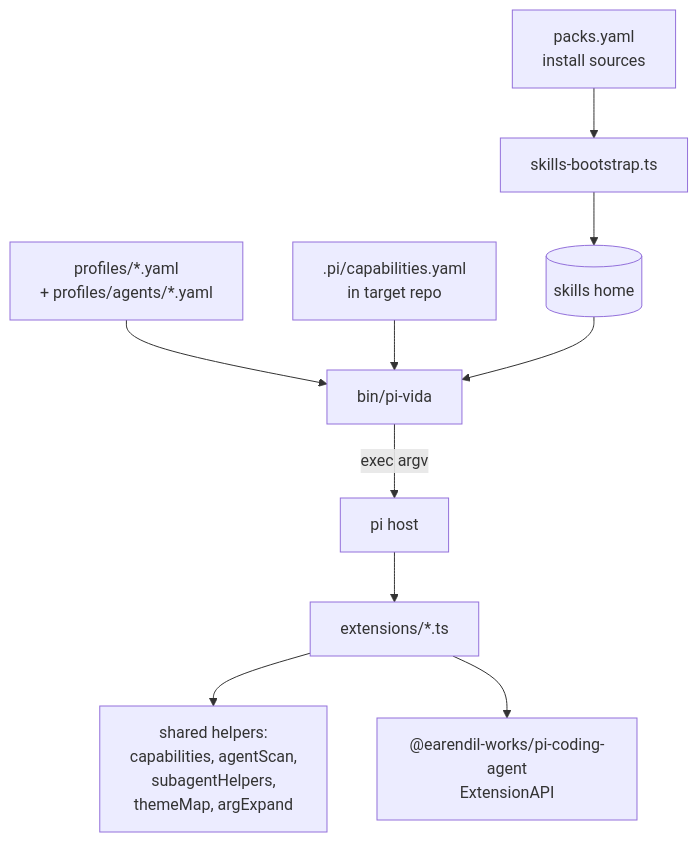
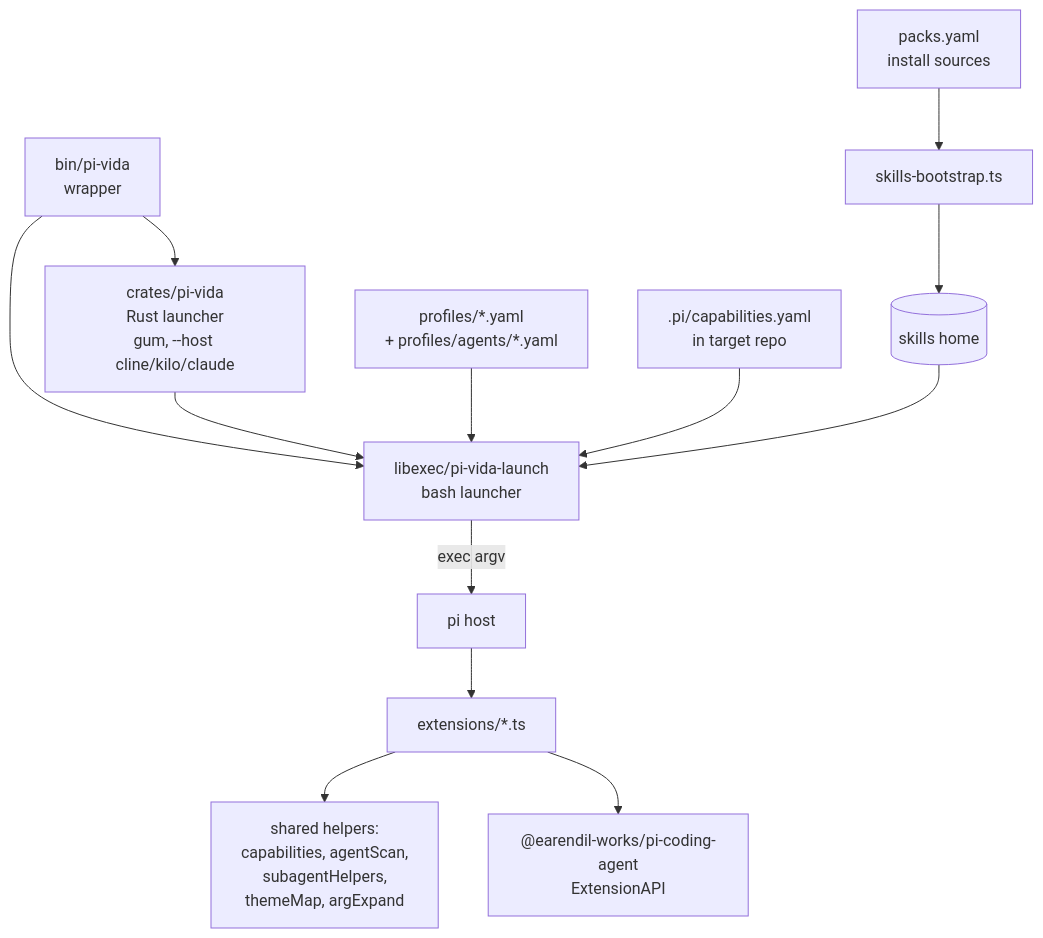
The second of 4 diagrams in ARCHITECTURE.md (igmarin/pi-vida), drawn with Mermaid before and after one commit. The commit also changed other lines of this file and 10 other files, not shown here.

````diff
--- a/ARCHITECTURE.md
+++ b/ARCHITECTURE.md
@@ -42,12 +49,15 @@
 ```mermaid
 flowchart TD
     PACKS[packs.yaml<br/>install sources] --> BOOT[skills-bootstrap.ts]
     BOOT --> SH[(skills home)]
-    PROF[profiles/*.yaml<br/>+ profiles/agents/*.yaml] --> PL[bin/pi-vida]
+    WRAP[bin/pi-vida<br/>wrapper] --> RUST[crates/pi-vida<br/>Rust launcher<br/>gum, --host cline/kilo/claude]
+    WRAP --> PL[libexec/pi-vida-launch<br/>bash launcher]
+    RUST --> PL
+    PROF[profiles/*.yaml<br/>+ profiles/agents/*.yaml] --> PL
     OV[.pi/capabilities.yaml<br/>in target repo] --> PL
     SH --> PL
     PL -->|exec argv| PI[pi host]
     PI --> EXT[extensions/*.ts]
     EXT --> HELPERS[shared helpers:<br/>capabilities, agentScan,<br/>subagentHelpers,<br/>themeMap, argExpand]
     EXT --> PIAPI["@earendil-works/pi-coding-agent<br/>ExtensionAPI"]
 ```
````
